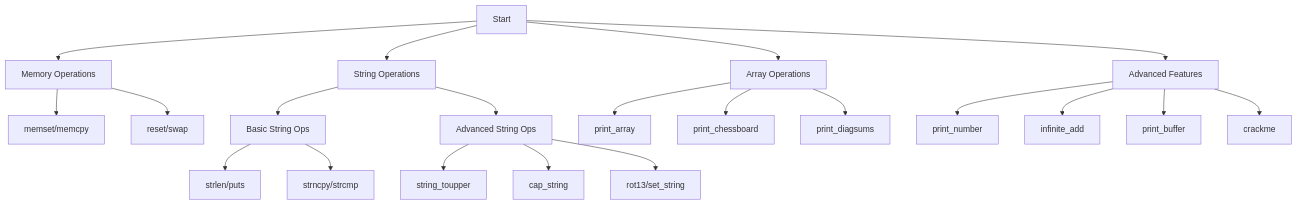
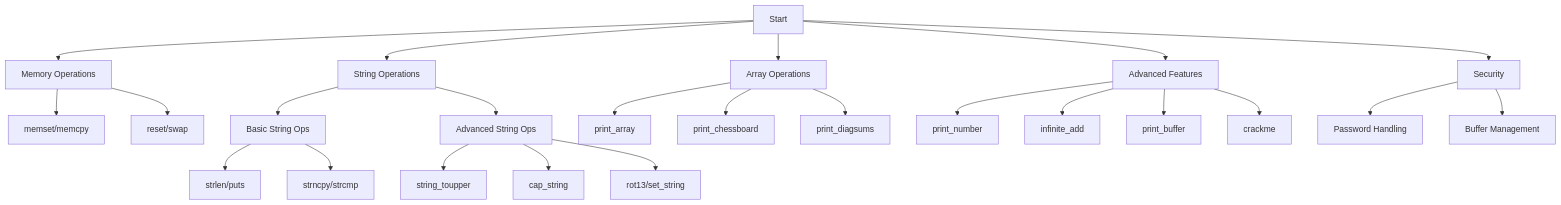
The diagram in pointers_arrays_strings/README.md (FredBourouliou/holbertonschool-low_level_programming), drawn with Mermaid before and after one commit. The commit also changed other lines of this file, not shown here.

````diff
--- a/pointers_arrays_strings/README.md
+++ b/pointers_arrays_strings/README.md
@@ -75,26 +78,30 @@
 ```mermaid
 graph TD
     A[Start] --> B[Memory Operations]
     B --> C[memset/memcpy]
     B --> D[reset/swap]
     
     A --> E[String Operations]
     E --> F[Basic String Ops]
     F --> G[strlen/puts]
     F --> H[strncpy/strcmp]
     E --> I[Advanced String Ops]
     I --> J[string_toupper]
     I --> K[cap_string]
     I --> L[rot13/set_string]
     
     A --> M[Array Operations]
     M --> N[print_array]
     M --> O[print_chessboard]
     M --> P[print_diagsums]
     
     A --> Q[Advanced Features]
     Q --> R[print_number]
     Q --> S[infinite_add]
     Q --> T[print_buffer]
     Q --> U[crackme]
+
+    A --> V[Security]
+    V --> W[Password Handling]
+    V --> X[Buffer Management]
 ```
````
